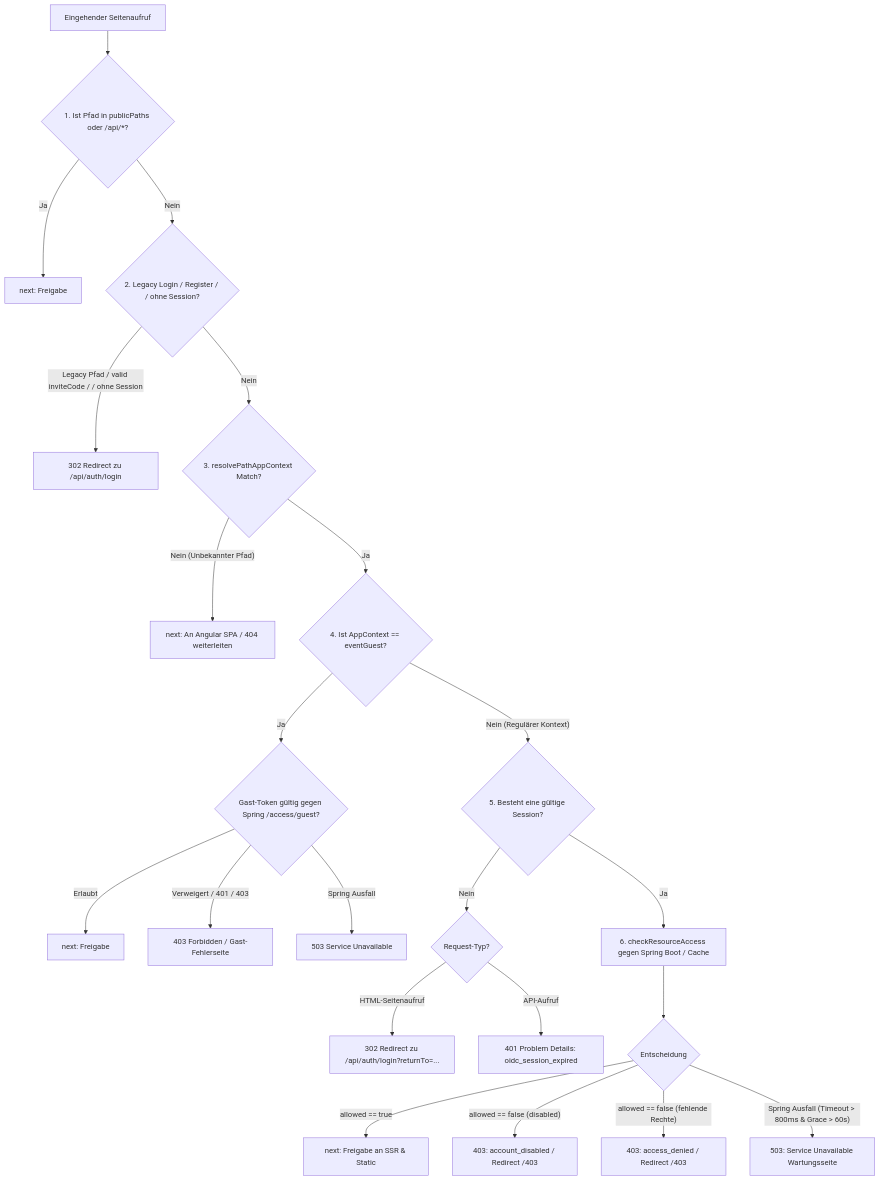
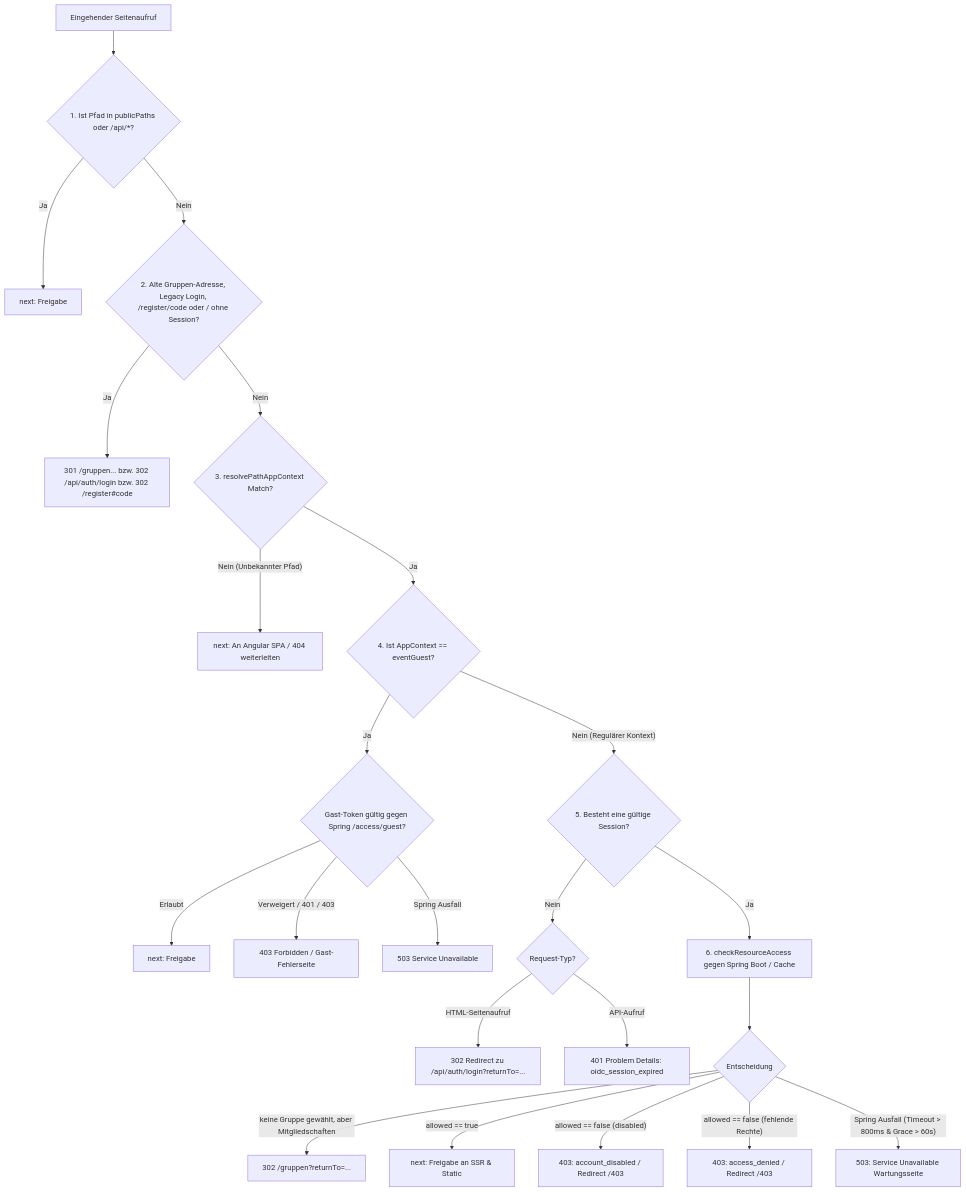
Before and after one commit to damaurer/vereint: the diagram in docs/backend-for-frontend/04-authorization.md, drawn with Mermaid. The commit also changed other lines of this file and 90 other files, not shown here.

````diff
--- a/docs/backend-for-frontend/04-authorization.md
+++ b/docs/backend-for-frontend/04-authorization.md
@@ -49,29 +50,30 @@
 ```mermaid
 graph TD
   Start[Eingehender Seitenaufruf] --> Step1{1. Ist Pfad in publicPaths oder /api/*?}
   Step1 -- Ja --> Next1[next: Freigabe]
-  Step1 -- Nein --> StepLegacy{2. Legacy Login / Register / / ohne Session?}
+  Step1 -- Nein --> StepLegacy{2. Alte Gruppen-Adresse, Legacy Login, /register/code oder / ohne Session?}
   
-  StepLegacy -- Legacy Pfad / valid inviteCode / / ohne Session --> RedirLoginDirect[302 Redirect zu /api/auth/login]
+  StepLegacy -- Ja --> RedirLoginDirect[301 /gruppen... bzw. 302 /api/auth/login bzw. 302 /register#code]
   StepLegacy -- Nein --> Step2{3. resolvePathAppContext Match?}
   
   Step2 -- Nein (Unbekannter Pfad) --> Next2[next: An Angular SPA / 404 weiterleiten]
   Step2 -- Ja --> Step3{4. Ist AppContext == eventGuest?}
   
   Step3 -- Ja --> GuestCheck{Gast-Token gültig gegen Spring /access/guest?}
   GuestCheck -- Erlaubt --> Next3[next: Freigabe]
   GuestCheck -- Verweigert / 401 / 403 --> DenyGuest[403 Forbidden / Gast-Fehlerseite]
   GuestCheck -- Spring Ausfall --> OutageGuest[503 Service Unavailable]
   
   Step3 -- Nein (Regulärer Kontext) --> Step4{5. Besteht eine gültige Session?}
   Step4 -- Nein --> LoginRedir{Request-Typ?}
   LoginRedir -- HTML-Seitenaufruf --> RedirLogin[302 Redirect zu /api/auth/login?returnTo=...]
   LoginRedir -- API-Aufruf --> Prob401[401 Problem Details: oidc_session_expired]
   
   Step4 -- Ja --> Step5[6. checkResourceAccess gegen Spring Boot / Cache]
   Step5 --> DecisionCheck{Entscheidung}
+  DecisionCheck -- keine Gruppe gewählt, aber Mitgliedschaften --> GroupChoice[302 /gruppen?returnTo=...]
   DecisionCheck -- allowed == true --> Next4[next: Freigabe an SSR & Static]
   DecisionCheck -- allowed == false (disabled) --> DenyDisabled[403: account_disabled / Redirect /403]
   DecisionCheck -- allowed == false (fehlende Rechte) --> DenyPerms[403: access_denied / Redirect /403]
   DecisionCheck -- Spring Ausfall (Timeout > 800ms & Grace > 60s) --> FailClosed[503: Service Unavailable Wartungsseite]
 ```
````
